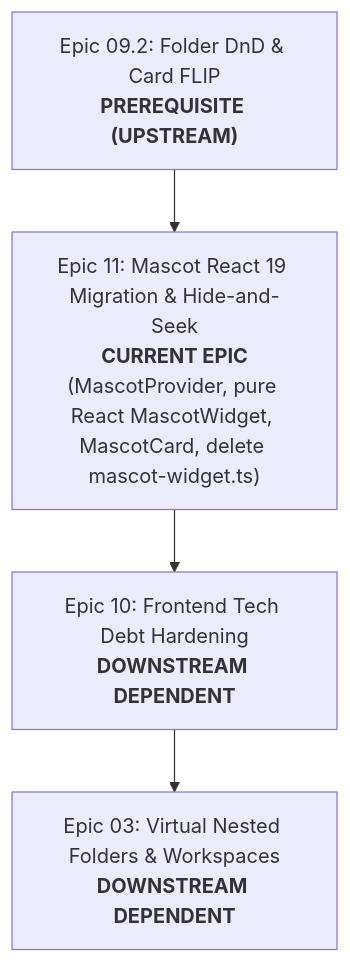
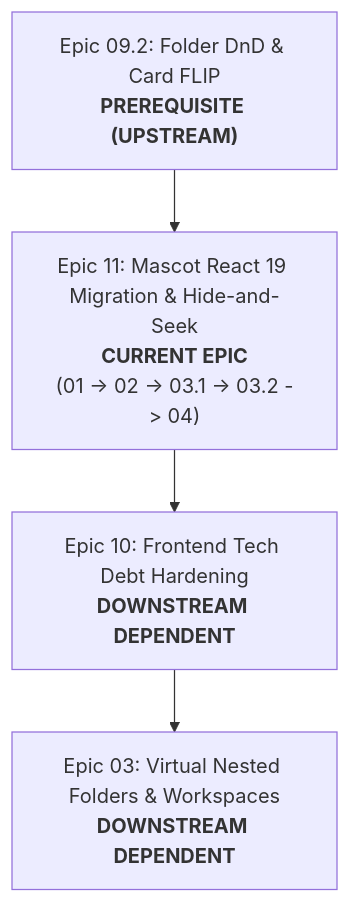
Before and after one commit to loerei/YumeShelf: the diagram in docs/specs/11-mascot-react-migration-and-hide-and-seek/PRD.md, drawn with Mermaid. The commit also changed other lines of this file and 33 other files, not shown here.

First line of the commit message:
feat(mascot): migrate MascotWidget to React 19 and restore Hide-and-Seek (Epic 11) (#329)

````diff
--- a/docs/specs/11-mascot-react-migration-and-hide-and-seek/PRD.md
+++ b/docs/specs/11-mascot-react-migration-and-hide-and-seek/PRD.md
@@ -20,7 +22,7 @@
 ```mermaid
 flowchart TD
     E09.2["Epic 09.2: Folder DnD & Card FLIP<br/><b>PREREQUISITE (UPSTREAM)</b>"]
-    --> E11["Epic 11: Mascot React 19 Migration & Hide-and-Seek<br/><b>CURRENT EPIC</b><br/>(MascotProvider, pure React MascotWidget, MascotCard, delete mascot-widget.ts)"]
+    --> E11["Epic 11: Mascot React 19 Migration & Hide-and-Seek<br/><b>CURRENT EPIC</b><br/>(01 -> 02 -> 03.1 -> 03.2 -> 04)"]
     --> E10["Epic 10: Frontend Tech Debt Hardening<br/><b>DOWNSTREAM DEPENDENT</b>"]
     --> E03["Epic 03: Virtual Nested Folders & Workspaces<br/><b>DOWNSTREAM DEPENDENT</b>"]
 ```
````
